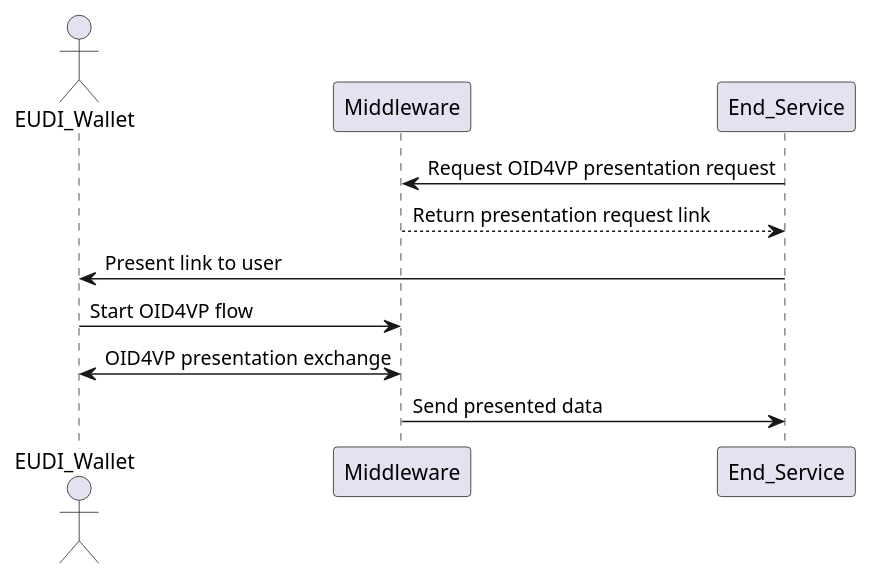
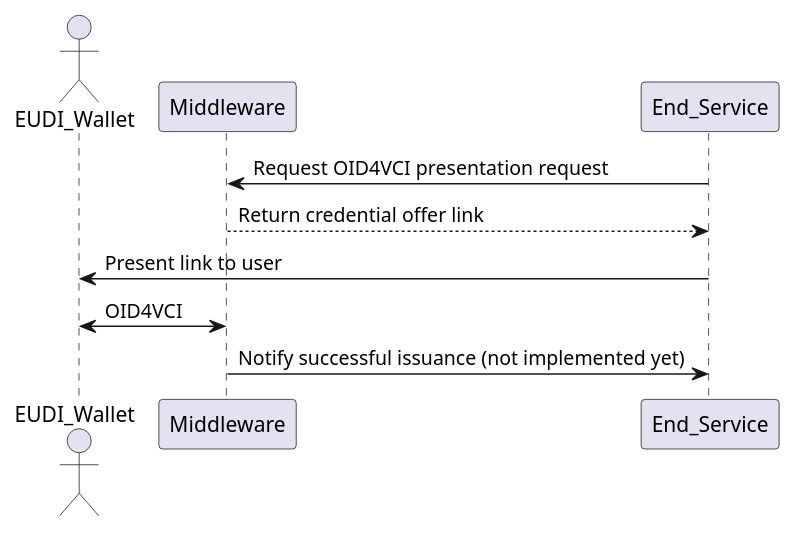
One commit to openwallet-foundation-labs/eudiplo changed the diagram in docs/getting-started/issuance.md. Above: the diagram before and after it, drawn with PlantUML. The commit also changed other lines of this file and 19 other files, not shown here.

````diff
--- a/docs/getting-started/issuance.md
+++ b/docs/getting-started/issuance.md
@@ -20,14 +22,13 @@
 ```plantuml
 @startuml
 actor EUDI_Wallet
 participant Middleware
 participant End_Service
 
-End_Service -> Middleware : Request OID4VP presentation request
-Middleware --> End_Service : Return presentation request link
+End_Service -> Middleware : Request OID4VCI presentation request
+Middleware --> End_Service : Return credential offer link
 End_Service -> EUDI_Wallet : Present link to user
-EUDI_Wallet -> Middleware : Start OID4VP flow
-Middleware <-> EUDI_Wallet : OID4VP presentation exchange
-Middleware -> End_Service : Send presented data
+Middleware <-> EUDI_Wallet : OID4VCI
+Middleware -> End_Service : Notify successful issuance (not implemented yet)
 @enduml
 ```
````
